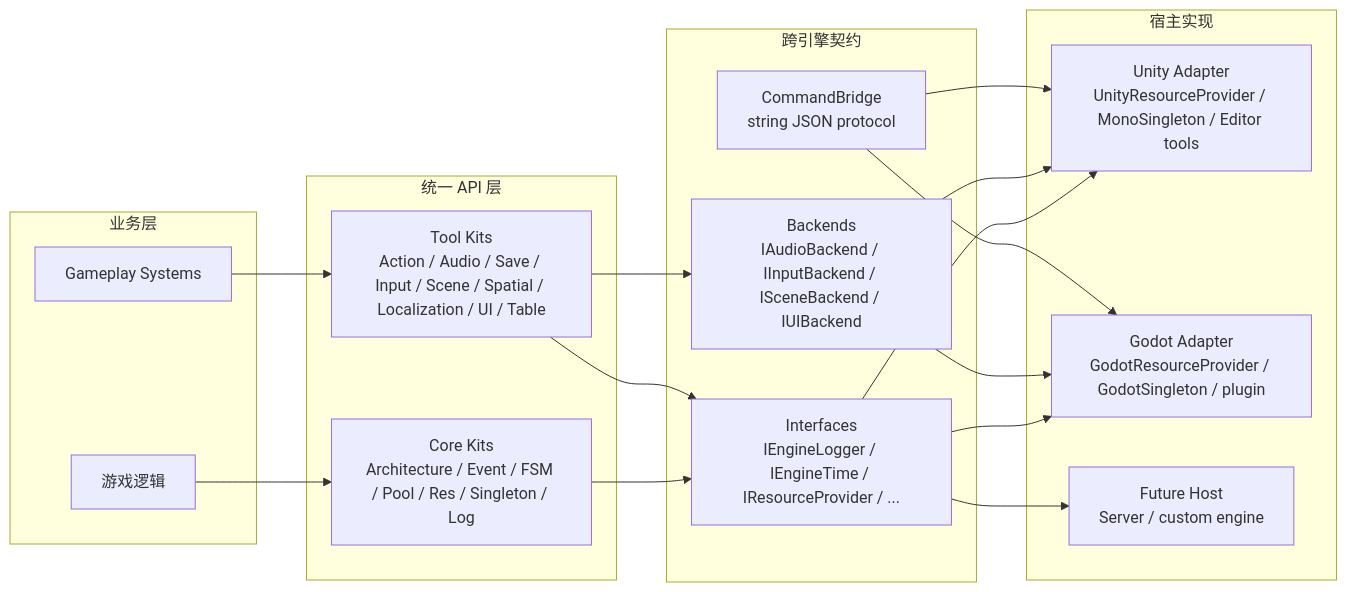
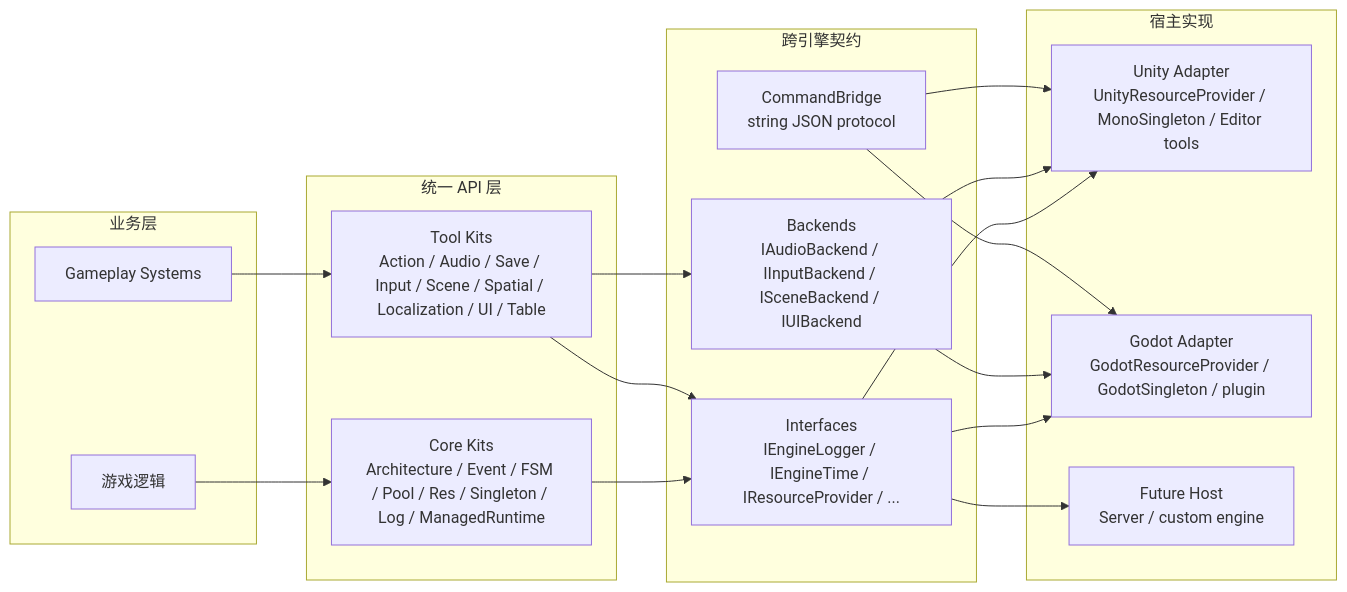
One commit to HinataYoki/YokiFrame changed the second of 7 diagrams in README.md. Above: the diagram before and after it, drawn with Mermaid. The commit also changed other lines of this file and 5 other files, not shown here.

````diff
--- a/README.md
+++ b/README.md
@@ -68,37 +68,37 @@
 ```mermaid
 flowchart LR
     subgraph Business["业务层"]
         GameLogic["游戏逻辑"]
         GameplaySystems["Gameplay Systems"]
     end
 
     subgraph PublicApi["统一 API 层"]
-        CoreKits["Core Kits<br/>Architecture / Event / FSM / Pool / Res / Singleton / Log"]
+        CoreKits["Core Kits<br/>Architecture / Event / FSM / Pool / Res / Singleton / Log / ManagedRuntime"]
         ToolKits["Tool Kits<br/>Action / Audio / Save / Input / Scene / Spatial / Localization / UI / Table"]
     end
 
     subgraph Contracts["跨引擎契约"]
         Interfaces["Interfaces<br/>IEngineLogger / IEngineTime / IResourceProvider / ..."]
         Backends["Backends<br/>IAudioBackend / IInputBackend / ISceneBackend / IUIBackend"]
         CommandBridge["CommandBridge<br/>string JSON protocol"]
     end
 
     subgraph Hosts["宿主实现"]
         Unity["Unity Adapter<br/>UnityResourceProvider / MonoSingleton / Editor tools"]
         Godot["Godot Adapter<br/>GodotResourceProvider / GodotSingleton / plugin"]
         Future["Future Host<br/>Server / custom engine"]
     end
 
     GameLogic --> CoreKits
     GameplaySystems --> ToolKits
     CoreKits --> Interfaces
     ToolKits --> Interfaces
     ToolKits --> Backends
     Interfaces --> Unity
     Interfaces --> Godot
     Interfaces --> Future
     Backends --> Unity
     Backends --> Godot
     CommandBridge --> Unity
     CommandBridge --> Godot
 ```
````
